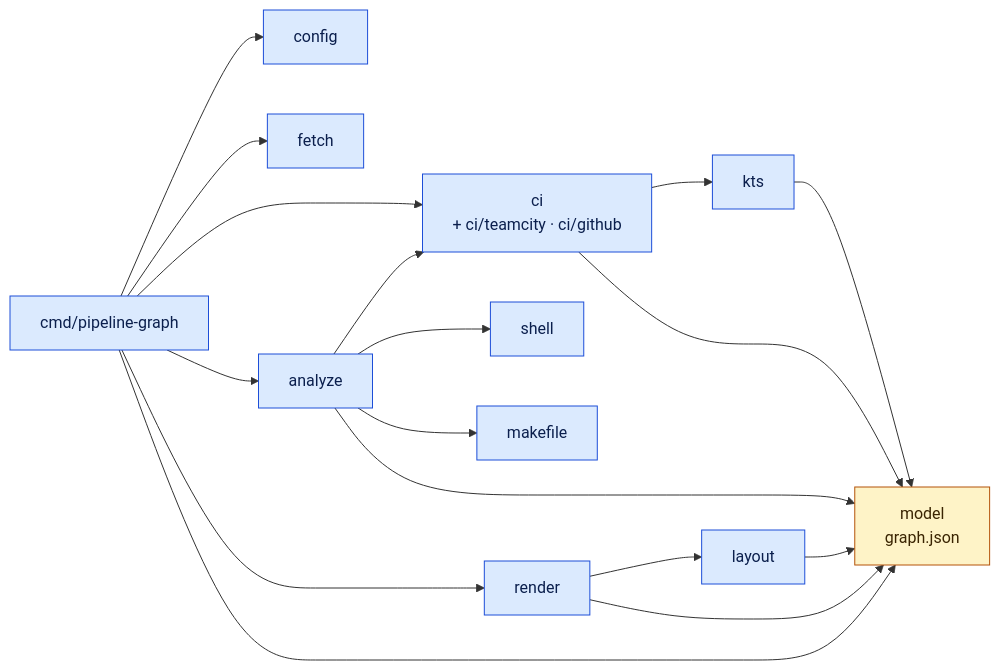
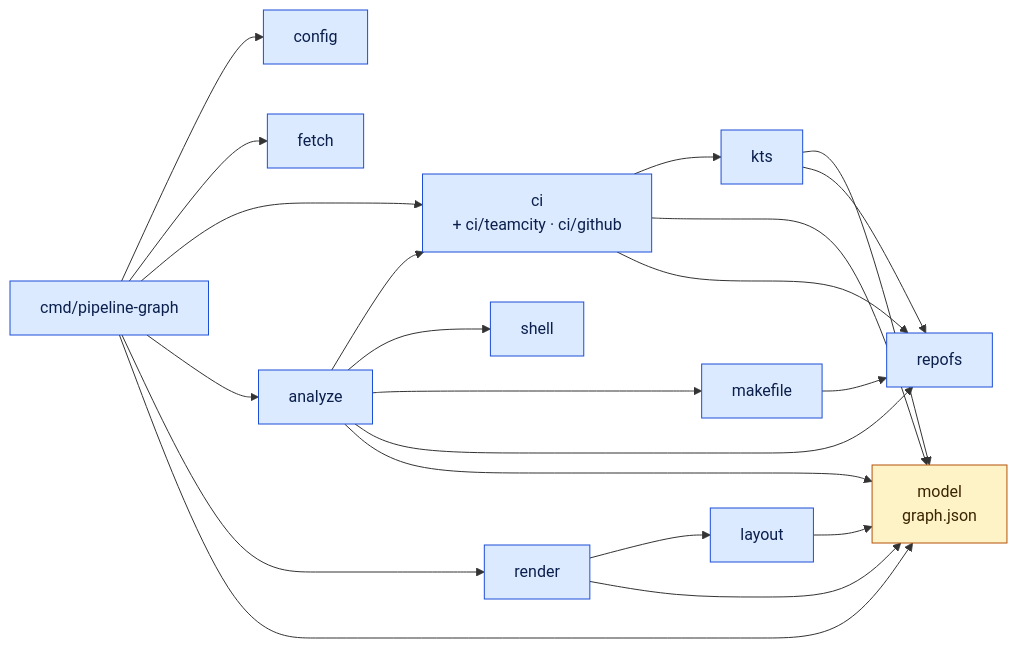
Before and after one commit to Avicted/tools.pipeline-graph: the third of 4 diagrams in docs/architecture/cli.md, drawn with Mermaid. The commit also changed other lines of this file and 14 other files, not shown here.

````diff
--- a/docs/architecture/cli.md
+++ b/docs/architecture/cli.md
@@ -86,37 +86,42 @@
 ```mermaid
 %% view: cli-packages
 flowchart LR
     cmd["cmd/pipeline-graph"]
     config["config"]
     fetch["fetch"]
     ci["ci<br/>+ ci/teamcity · ci/github"]
     kts["kts"]
     analyze["analyze"]
     shell["shell"]
     makefile["makefile"]
+    repofs["repofs"]
     render["render"]
     layout["layout"]
     model["model<br/>graph.json"]
 
     cmd --> config
     cmd --> fetch
     cmd --> ci
     cmd --> analyze
     cmd --> render
     cmd --> model
     ci --> kts
     ci --> model
+    ci --> repofs
     kts --> model
+    kts --> repofs
     analyze --> ci
     analyze --> shell
     analyze --> makefile
+    analyze --> repofs
     analyze --> model
+    makefile --> repofs
     render --> layout
     render --> model
     layout --> model
 
     classDef go fill:#dbeafe,stroke:#1d4ed8,color:#0b1f4d
     classDef data fill:#fef3c7,stroke:#b45309,color:#3a2402
-    class cmd,config,fetch,ci,kts,analyze,shell,makefile,render,layout go
+    class cmd,config,fetch,ci,kts,analyze,shell,makefile,repofs,render,layout go
     class model data
 ```
````
